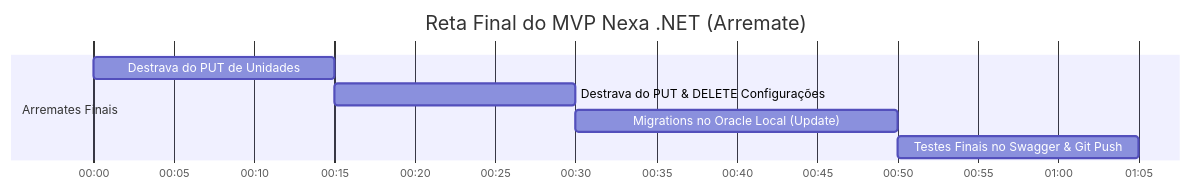
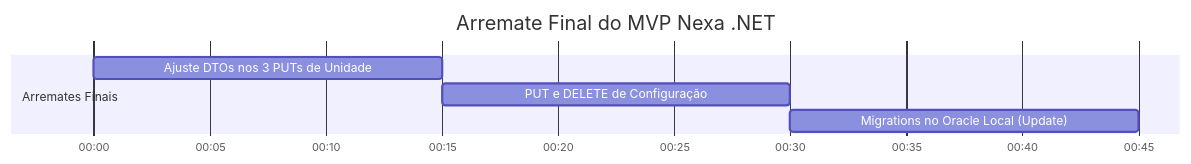
Before and after one commit to NexaGS/nexa-dotnet-gestao: the diagram in Nexa.Dotnet/Docs/PLANO-DESENVOLVIMENTO-GUIA.md, drawn with Mermaid. The commit also changed other lines of this file and 3 other files, not shown here.

````diff
--- a/Nexa.Dotnet/Docs/PLANO-DESENVOLVIMENTO-GUIA.md
+++ b/Nexa.Dotnet/Docs/PLANO-DESENVOLVIMENTO-GUIA.md
@@ -16,12 +16,11 @@
 ```mermaid
 gantt
-    title Reta Final do MVP Nexa .NET (Arremate)
+    title Arremate Final do MVP Nexa .NET
     dateFormat  HH:mm
     axisFormat  %H:%M
     
     section Arremates Finais
-    Destrava do PUT de Unidades           :done1, 00:00, 15m
-    Destrava do PUT & DELETE Configurações :done2, after done1, 15m
-    Migrations no Oracle Local (Update)    :done3, after done2, 20m
-    Testes Finais no Swagger & Git Push    :done4, after done3, 15m
+    Ajuste DTOs nos 3 PUTs de Unidade    :done1, 00:00, 15m
+    PUT e DELETE de Configuração         :done2, after done1, 15m
+    Migrations no Oracle Local (Update)  :done3, after done2, 15m
 ```
````
